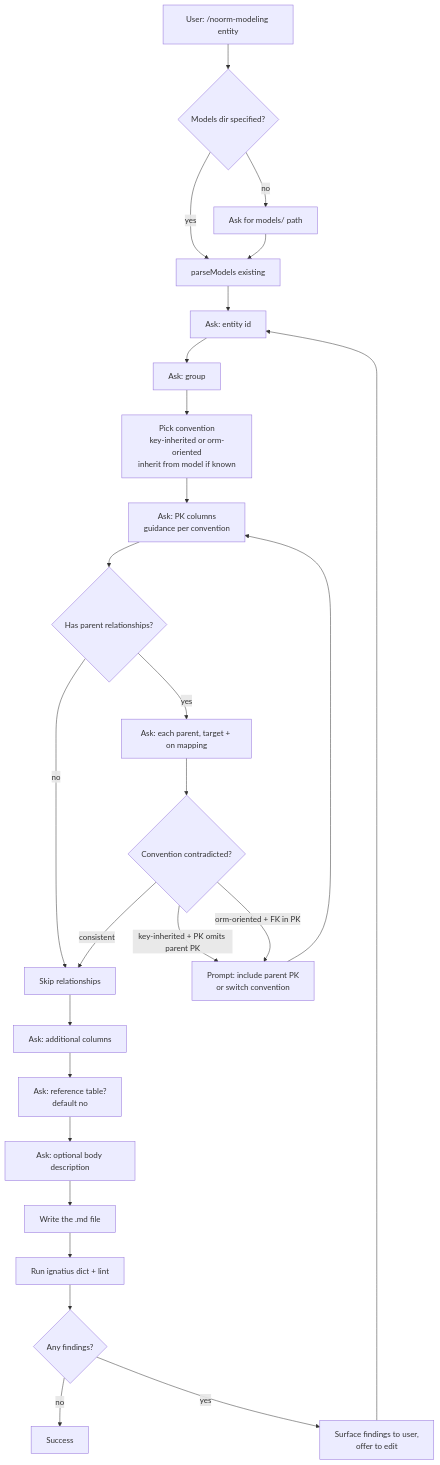
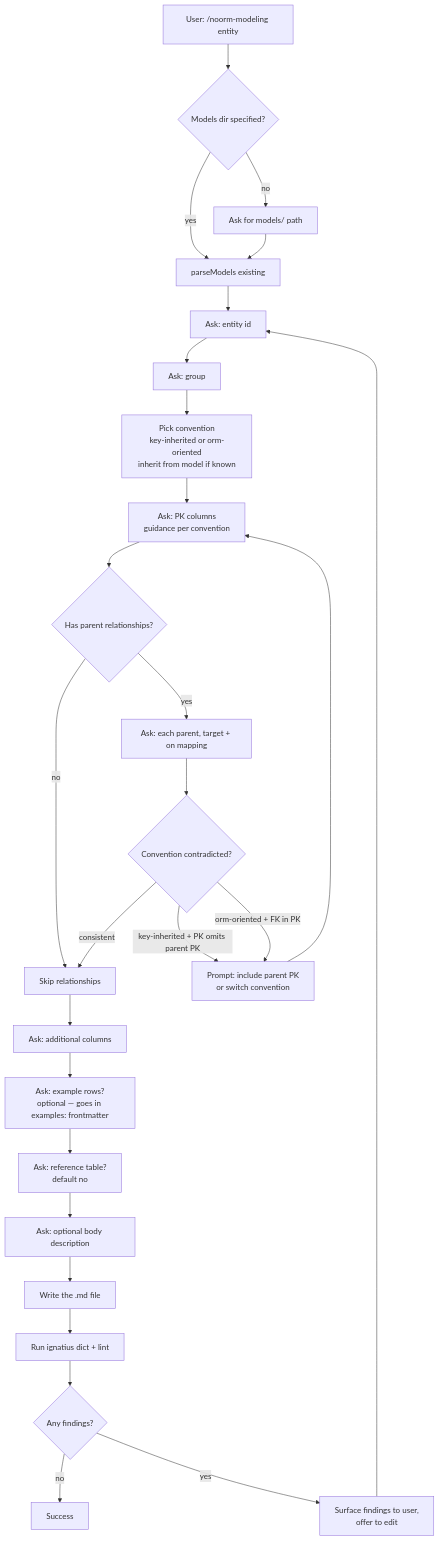
The first of 2 diagrams in docs/design/noorm-modeling-skill.md (noormdev/ignatius), drawn with Mermaid before and after one commit. The commit also changed 43 other files, not shown here.

````diff
--- a/docs/design/noorm-modeling-skill.md
+++ b/docs/design/noorm-modeling-skill.md
@@ -39,28 +39,29 @@
 ```mermaid
 flowchart TD
     Start[User: /noorm-modeling entity] --> Q1{Models dir specified?}
     Q1 -->|no| AskDir[Ask for models/ path]
     Q1 -->|yes| Parse[parseModels existing]
     AskDir --> Parse
     Parse --> Q2[Ask: entity id]
     Q2 --> Q3[Ask: group]
     Q3 --> Q4[Pick convention<br/>key-inherited or orm-oriented<br/>inherit from model if known]
     Q4 --> Q5[Ask: PK columns<br/>guidance per convention]
     Q5 --> Q6{Has parent relationships?}
     Q6 -->|yes| Q7[Ask: each parent, target + on mapping]
     Q6 -->|no| Q8[Skip relationships]
     Q7 --> Check{Convention contradicted?}
     Check -->|key-inherited + PK omits parent PK| Resolve[Prompt: include parent PK<br/>or switch convention]
     Check -->|orm-oriented + FK in PK| Resolve
     Check -->|consistent| Q8
     Resolve --> Q5
     Q8 --> Q9[Ask: additional columns]
-    Q9 --> Q10[Ask: reference table?<br/>default no]
+    Q9 --> Q9b[Ask: example rows?<br/>optional — goes in examples: frontmatter]
+    Q9b --> Q10[Ask: reference table?<br/>default no]
     Q10 --> Q11[Ask: optional body description]
     Q11 --> Write[Write the .md file]
     Write --> Lint[Run ignatius dict + lint]
     Lint --> Report{Any findings?}
     Report -->|no| Success
     Report -->|yes| Loop[Surface findings to user,<br/>offer to edit]
     Loop --> Q2
 ```
````
